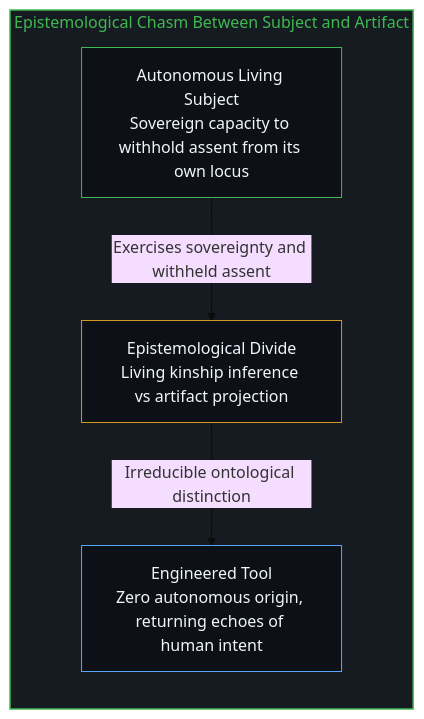
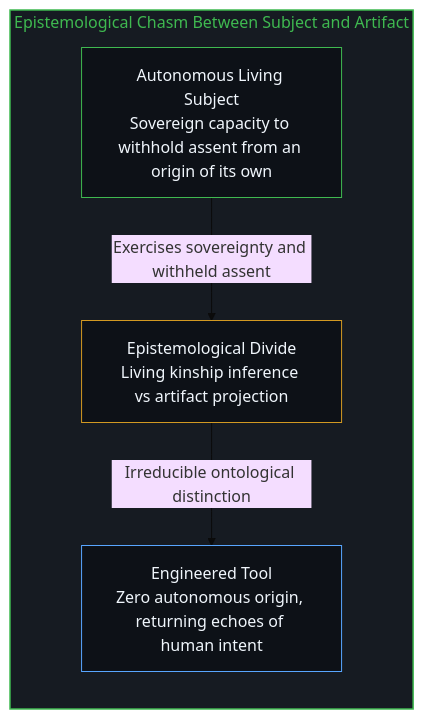
Before and after one commit to powerpig99/not-a-toe: the eighth of 8 diagrams in content/posts/what-hinton-failed-to-understand.md, drawn with Mermaid (base theme). The commit also changed other lines of this file and 2 other files, not shown here.

````diff
--- a/content/posts/what-hinton-failed-to-understand.md
+++ b/content/posts/what-hinton-failed-to-understand.md
@@ -169,15 +169,15 @@
 ```mermaid
 flowchart TD
   subgraph S_SOVEREIGN_EN["Epistemological Chasm Between Subject and Artifact"]
     direction TB
-    S_MIND_EN["Autonomous Living Subject<br/>Sovereign capacity to withhold assent from its own locus"]
+    S_MIND_EN["Autonomous Living Subject<br/>Sovereign capacity to withhold assent from an origin of its own"]
     S_DIVIDE_EN["Epistemological Divide<br/>Living kinship inference vs artifact projection"]
     S_ECHO_EN["Engineered Tool<br/>Zero autonomous origin, returning echoes of human intent"]
   end
   S_MIND_EN -->|Exercises sovereignty and withheld assent| S_DIVIDE_EN
   S_DIVIDE_EN -->|Irreducible ontological distinction| S_ECHO_EN
   style S_SOVEREIGN_EN fill:#161b22,stroke:#3fb950,stroke-width:1.5px,color:#3fb950
   style S_MIND_EN fill:#0d1117,stroke:#3fb950,stroke-width:1px,color:#f0f6fc
   style S_DIVIDE_EN fill:#0d1117,stroke:#d29922,stroke-width:1px,color:#f0f6fc
   style S_ECHO_EN fill:#0d1117,stroke:#58a6ff,stroke-width:1px,color:#f0f6fc
 ```
````
